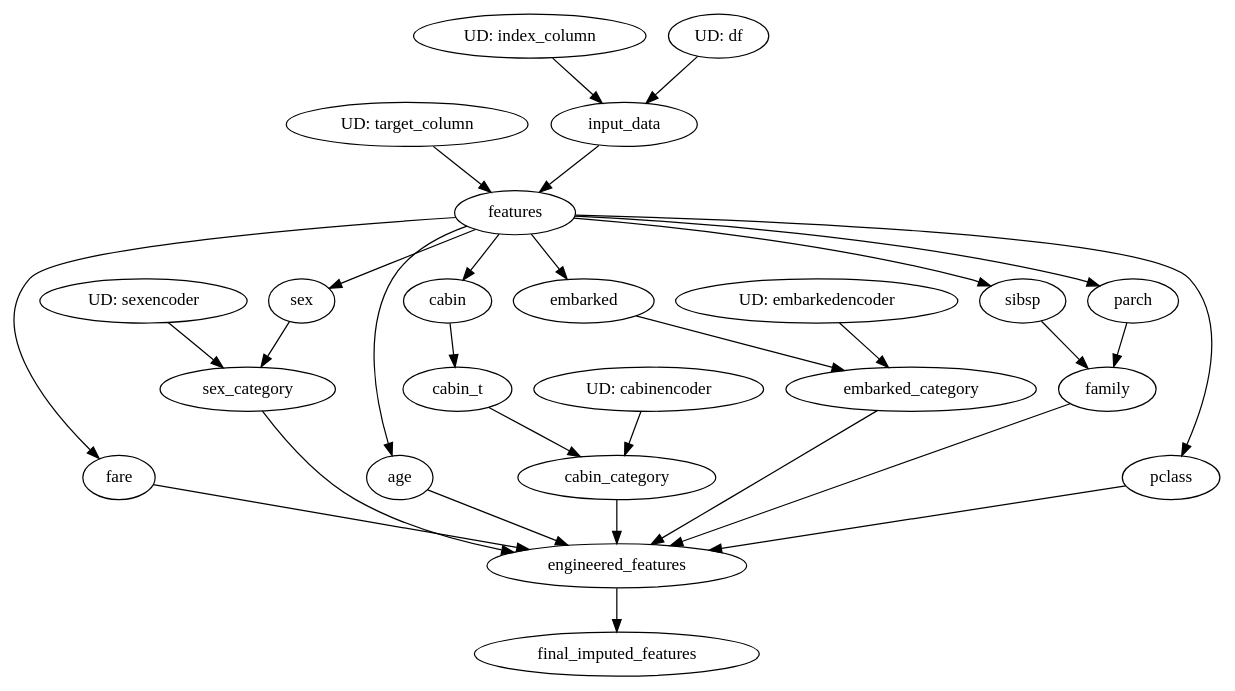
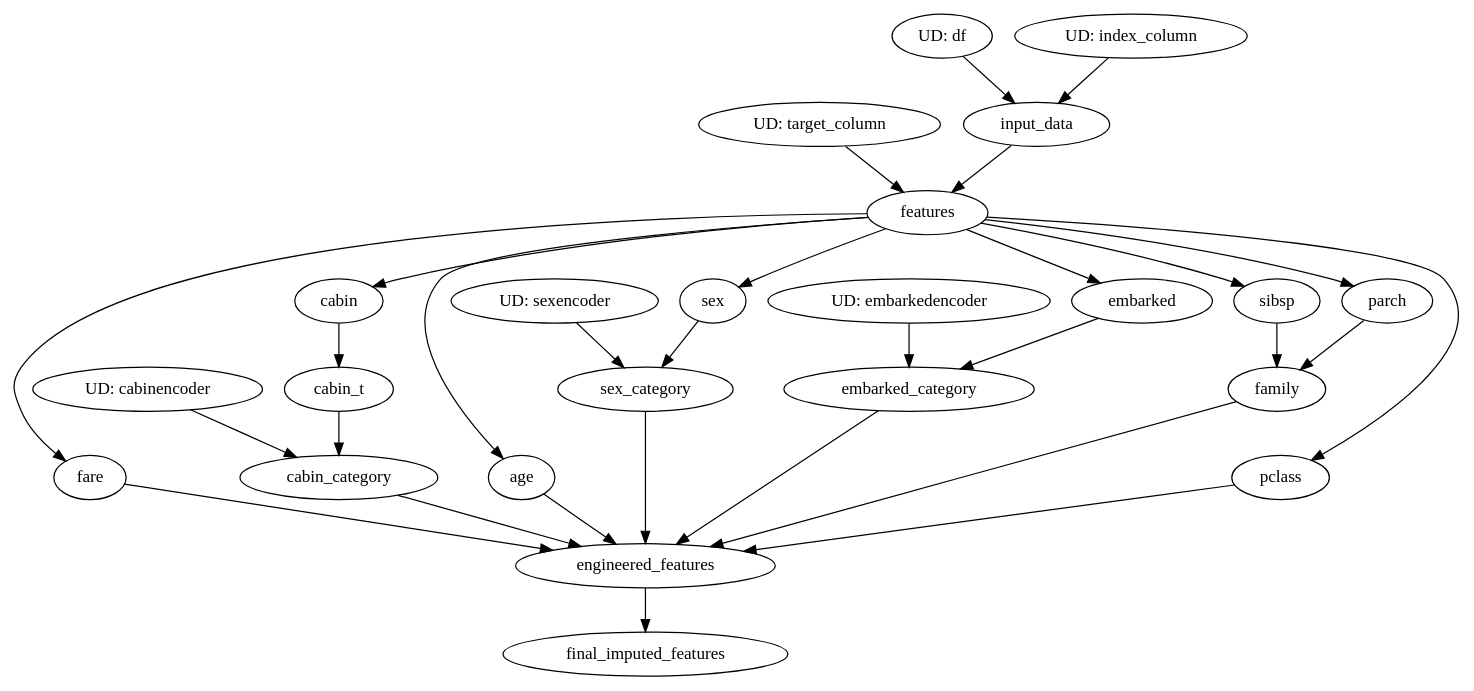
Before and after one commit to aamir09/mlops2_with_dagster: the diagram in artifacts/transtrain.dot, drawn with Graphviz. The commit also changed other lines of this file and 50 other files, not shown here.

```diff
--- a/artifacts/transtrain.dot
+++ b/artifacts/transtrain.dot
@@ -1,61 +1,61 @@
 // Dependency Graph
 digraph {
+	fare [label=fare]
+	target_column [label=target_column]
+	cabin [label=cabin]
+	df [label=df]
+	sex [label=sex]
+	age [label=age]
+	sex_category [label=sex_category]
 	sexencoder [label=sexencoder]
+	input_data [label=input_data]
+	final_imputed_features [label=final_imputed_features]
+	sibsp [label=sibsp]
+	engineered_features [label=engineered_features]
+	pclass [label=pclass]
+	cabin_t [label=cabin_t]
+	index_column [label=index_column]
+	features [label=features]
+	embarkedencoder [label=embarkedencoder]
+	cabin_category [label=cabin_category]
+	family [label=family]
+	parch [label=parch]
 	cabinencoder [label=cabinencoder]
-	sex [label=sex]
+	embarked [label=embarked]
 	embarked_category [label=embarked_category]
-	parch [label=parch]
-	fare [label=fare]
-	features [label=features]
-	embarked [label=embarked]
-	index_column [label=index_column]
-	target_column [label=target_column]
-	cabin_t [label=cabin_t]
-	age [label=age]
-	input_data [label=input_data]
-	engineered_features [label=engineered_features]
-	embarkedencoder [label=embarkedencoder]
-	sibsp [label=sibsp]
-	sex_category [label=sex_category]
-	df [label=df]
-	family [label=family]
-	pclass [label=pclass]
-	cabin [label=cabin]
-	cabin_category [label=cabin_category]
-	final_imputed_features [label=final_imputed_features]
-	embarkedencoder [label="UD: embarkedencoder"]
+	cabinencoder [label="UD: cabinencoder"]
 	sexencoder [label="UD: sexencoder"]
-	cabinencoder [label="UD: cabinencoder"]
+	target_column [label="UD: target_column"]
 	df [label="UD: df"]
 	index_column [label="UD: index_column"]
-	target_column [label="UD: target_column"]
+	embarkedencoder [label="UD: embarkedencoder"]
+	features -> fare
+	features -> cabin
 	features -> sex
-	embarked -> embarked_category
-	embarkedencoder -> embarked_category
-	features -> parch
-	features -> fare
-	input_data -> features
-	target_column -> features
-	features -> embarked
-	cabin -> cabin_t
 	features -> age
+	sex -> sex_category
+	sexencoder -> sex_category
 	df -> input_data
 	index_column -> input_data
+	engineered_features -> final_imputed_features
+	features -> sibsp
 	pclass -> engineered_features
 	age -> engineered_features
 	fare -> engineered_features
 	cabin_category -> engineered_features
 	sex_category -> engineered_features
 	embarked_category -> engineered_features
 	family -> engineered_features
-	features -> sibsp
-	sex -> sex_category
-	sexencoder -> sex_category
+	features -> pclass
+	cabin -> cabin_t
+	input_data -> features
+	target_column -> features
+	cabin_t -> cabin_category
+	cabinencoder -> cabin_category
 	sibsp -> family
 	parch -> family
-	features -> pclass
-	features -> cabin
-	cabin_t -> cabin_category
-	cabinencoder -> cabin_category
-	engineered_features -> final_imputed_features
+	features -> parch
+	features -> embarked
+	embarked -> embarked_category
+	embarkedencoder -> embarked_category
 }
```
